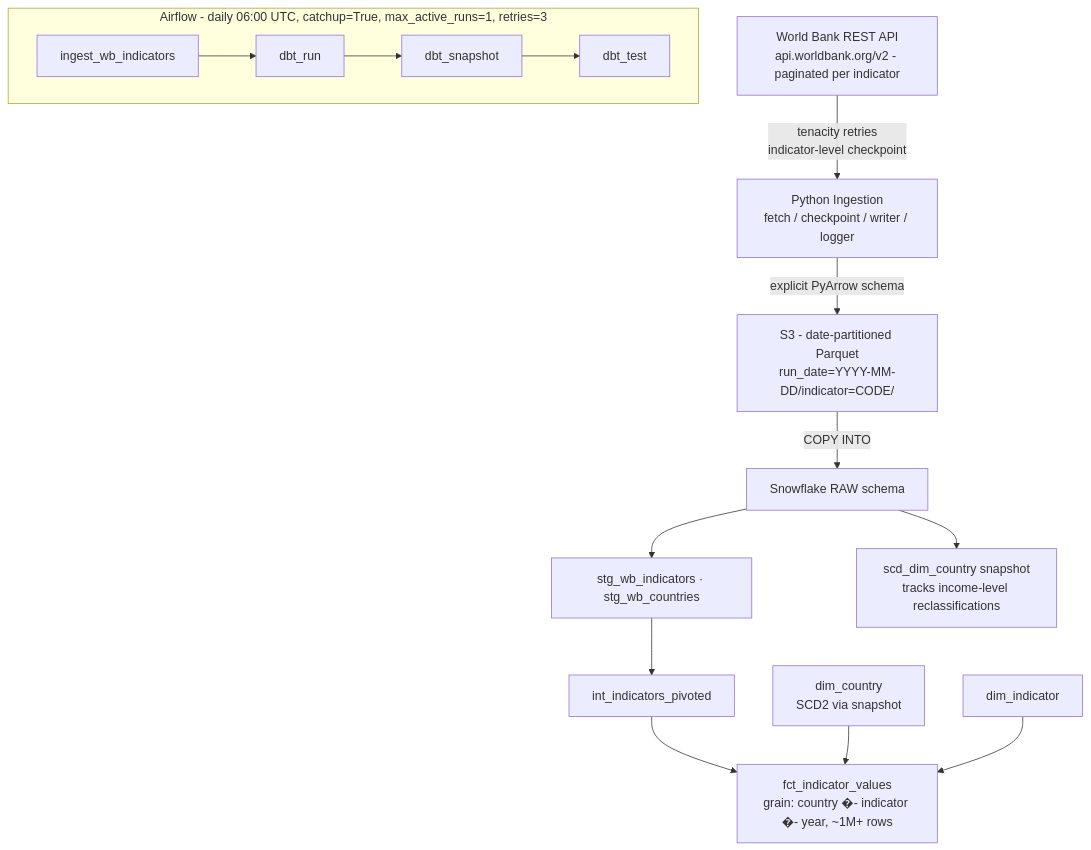
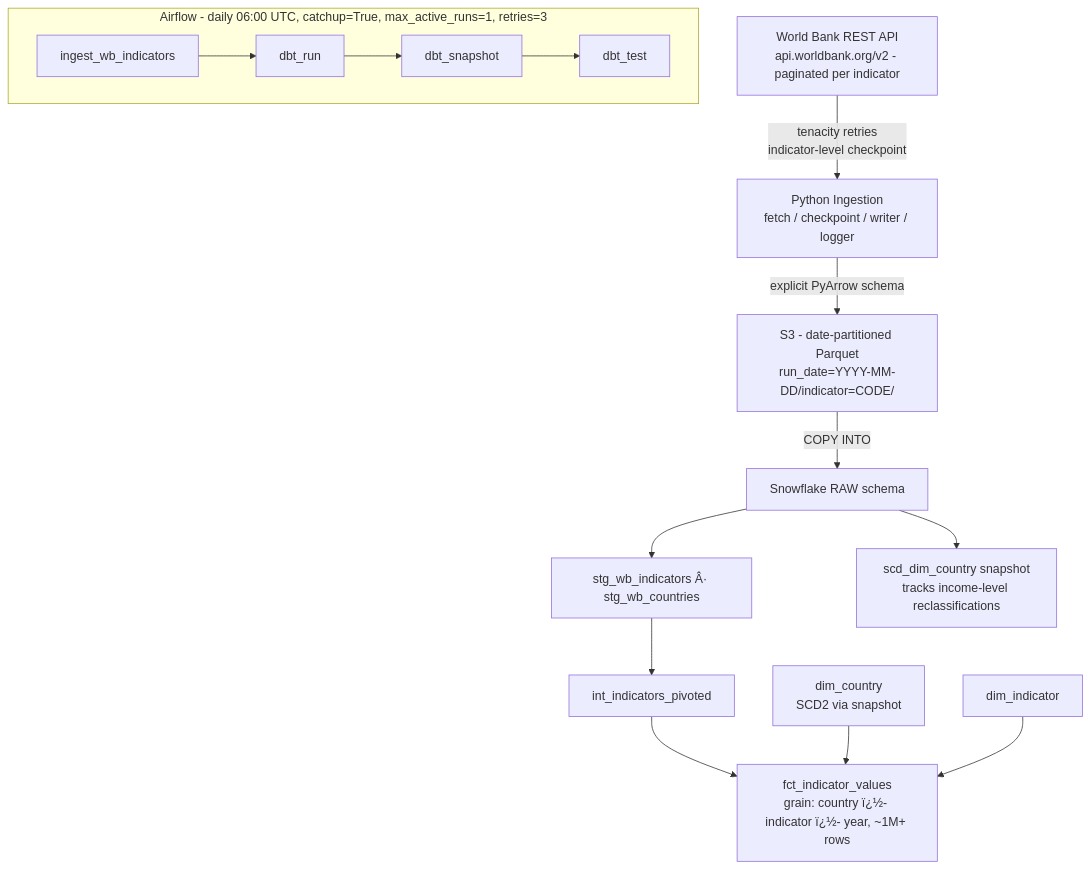
The diagram in INTERVIEW_GUIDE.md (exanode/wb-indicators-warehouse), drawn with Mermaid before and after one commit. The commit also changed other lines of this file and 5 other files, not shown here.

````diff
--- a/INTERVIEW_GUIDE.md
+++ b/INTERVIEW_GUIDE.md
@@ -15,16 +15,16 @@
 ```mermaid
 flowchart TD
     A["World Bank REST API\napi.worldbank.org/v2 - paginated per indicator"] -->|"tenacity retries\nindicator-level checkpoint"| B["Python Ingestion\nfetch / checkpoint / writer / logger"]
     B -->|"explicit PyArrow schema"| C["S3 - date-partitioned Parquet\nrun_date=YYYY-MM-DD/indicator=CODE/"]
     C -->|"COPY INTO"| D["Snowflake RAW schema"]
-    D --> E["stg_wb_indicators · stg_wb_countries"]
+    D --> E["stg_wb_indicators Â· stg_wb_countries"]
     E --> F["int_indicators_pivoted"]
-    F --> G["fct_indicator_values\ngrain: country �- indicator �- year, ~1M+ rows"]
+    F --> G["fct_indicator_values\ngrain: country ï¿½- indicator ï¿½- year, ~1M+ rows"]
     H["dim_country\nSCD2 via snapshot"] --> G
     I["dim_indicator"] --> G
     D --> J["scd_dim_country snapshot\ntracks income-level reclassifications"]
 
     subgraph Airflow ["Airflow - daily 06:00 UTC, catchup=True, max_active_runs=1, retries=3"]
         T1[ingest_wb_indicators] --> T2[dbt_run] --> T3[dbt_snapshot] --> T4[dbt_test]
     end
 ```
````
